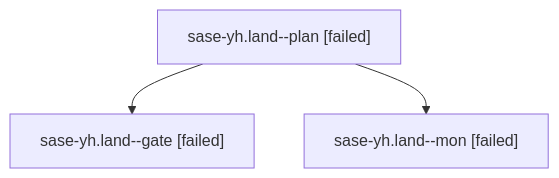
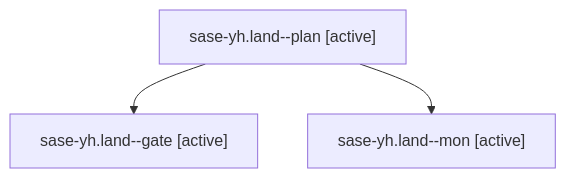
The diagram in families/bbugyi200.athena.sase-yh.land.md (sase-org/sase--agents), drawn with Mermaid before and after one commit. The commit also changed other lines of this file and 35830 other files, not shown here.

````diff
--- a/families/bbugyi200.athena.sase-yh.land.md
+++ b/families/bbugyi200.athena.sase-yh.land.md
@@ -9,8 +9,8 @@
 ```mermaid
 flowchart TD
-  n0["sase-yh.land--plan [failed]"]
-  n1["sase-yh.land--gate [failed]"]
+  n0["sase-yh.land--plan [active]"]
+  n1["sase-yh.land--gate [active]"]
   n0 --> n1
-  n2["sase-yh.land--mon [failed]"]
+  n2["sase-yh.land--mon [active]"]
   n0 --> n2
 ```
````
